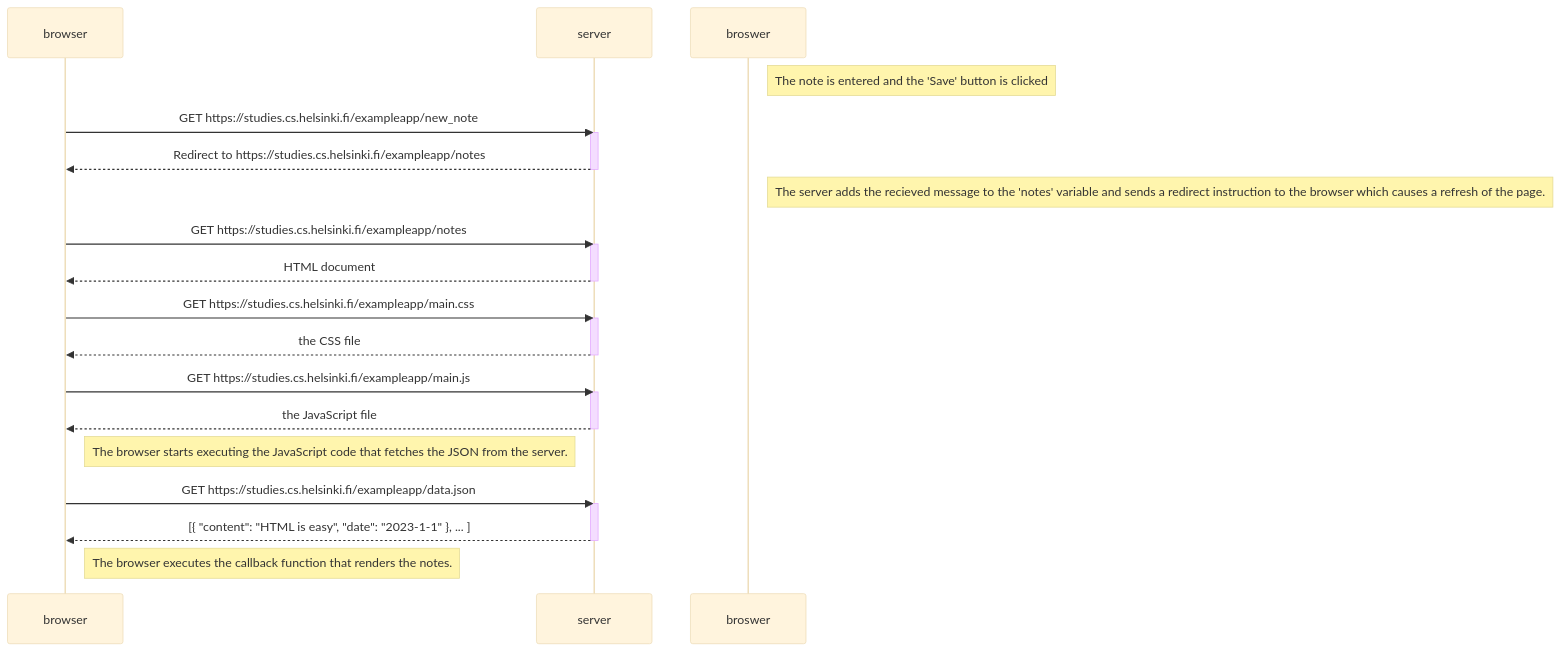
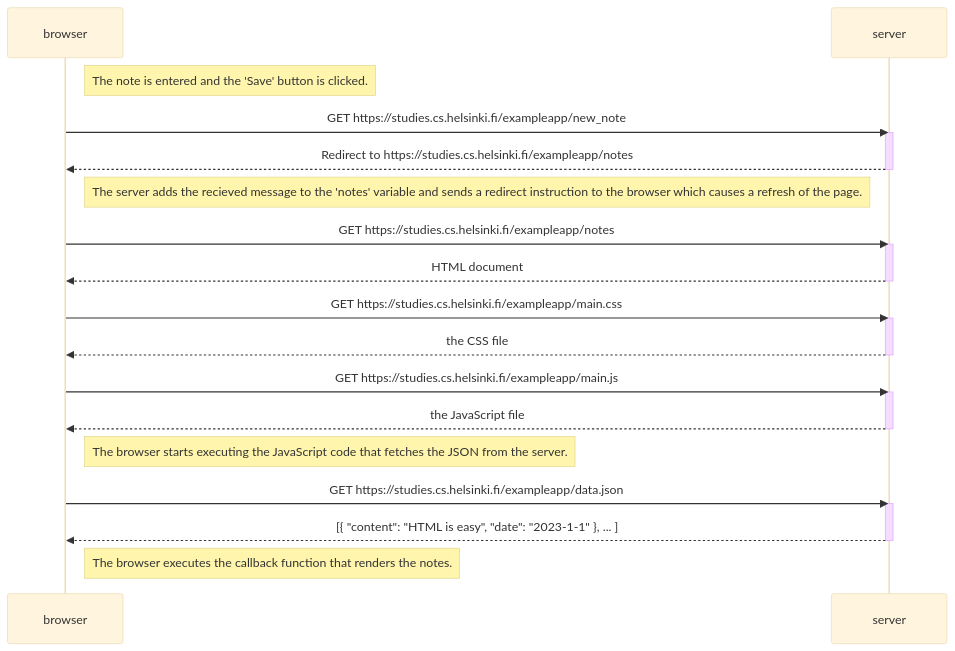
The diagram in part0/0.4 - New note diagram.md (literallydozens/full-stack-open), drawn with Mermaid (base theme) before and after one commit.

````diff
--- a/part0/0.4 - New note diagram.md
+++ b/part0/0.4 - New note diagram.md
@@ -1,38 +1,38 @@
 ```mermaid
 sequenceDiagram
     participant browser
     participant server
 
-    Note right of broswer: The note is entered and the 'Save' button is clicked
+    Note right of browser: The note is entered and the 'Save' button is clicked.
 
     browser->>server: GET https://studies.cs.helsinki.fi/exampleapp/new_note
     activate server
     server-->>browser: Redirect to https://studies.cs.helsinki.fi/exampleapp/notes
     deactivate server
 
-    Note right of broswer: The server adds the recieved message to the 'notes' variable and sends a  redirect instruction to the browser which causes a refresh of the page.
+    Note right of browser: The server adds the recieved message to the 'notes' variable and sends a  redirect instruction to the browser which causes a refresh of the page.
 
     browser->>server: GET https://studies.cs.helsinki.fi/exampleapp/notes
     activate server
     server-->>browser: HTML document
     deactivate server
 
     browser->>server: GET https://studies.cs.helsinki.fi/exampleapp/main.css
     activate server
     server-->>browser: the CSS file
     deactivate server
 
     browser->>server: GET https://studies.cs.helsinki.fi/exampleapp/main.js
     activate server
     server-->>browser: the JavaScript file
     deactivate server
 
     Note right of browser: The browser starts executing the JavaScript code that fetches the JSON from the server.
 
     browser->>server: GET https://studies.cs.helsinki.fi/exampleapp/data.json
     activate server
     server-->>browser: [{ "content": "HTML is easy", "date": "2023-1-1" }, ... ]
     deactivate server
 
     Note right of browser: The browser executes the callback function that renders the notes.
 ```
````
